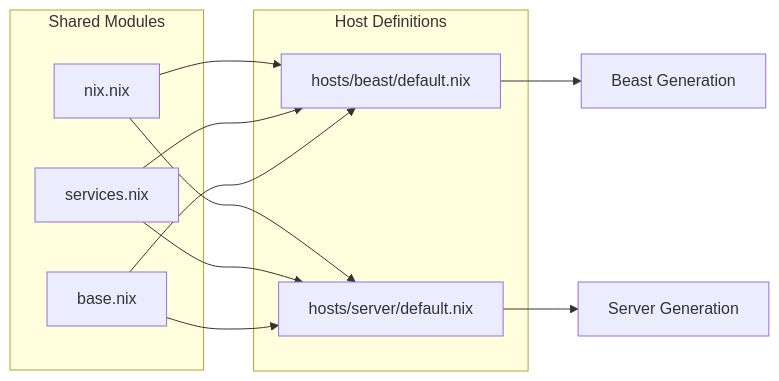
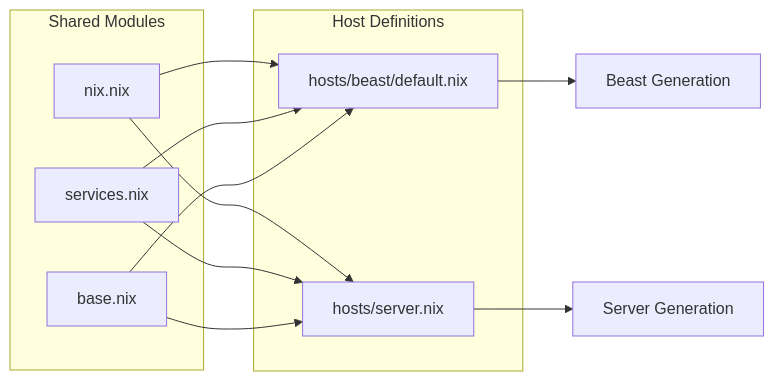
One commit to Cody-W-Tucker/nix-config changed the diagram in docs/System-Modules.md. Above: the diagram before and after it, drawn with Mermaid. The commit also changed other lines of this file and 5 other files, not shown here.

````diff
--- a/docs/System-Modules.md
+++ b/docs/System-Modules.md
@@ -55,22 +55,22 @@
 ```mermaid
 flowchart LR
     OUT_B["Beast Generation"]
     OUT_S["Server Generation"]
     subgraph subGraph1 ["Host Definitions"]
         H_BEAST["hosts/beast/default.nix"]
-        H_SRV["hosts/server/default.nix"]
+        H_SRV["hosts/server.nix"]
     end
     subgraph subGraph0 ["Shared Modules"]
         M_NIX["nix.nix"]
         M_SVC["services.nix"]
         M_BASE["base.nix"]
     end
     M_NIX --> H_BEAST
     M_SVC --> H_BEAST
     M_BASE --> H_BEAST
     M_NIX --> H_SRV
     M_SVC --> H_SRV
     M_BASE --> H_SRV
     H_BEAST --> OUT_B
     H_SRV --> OUT_S
 ```
````
